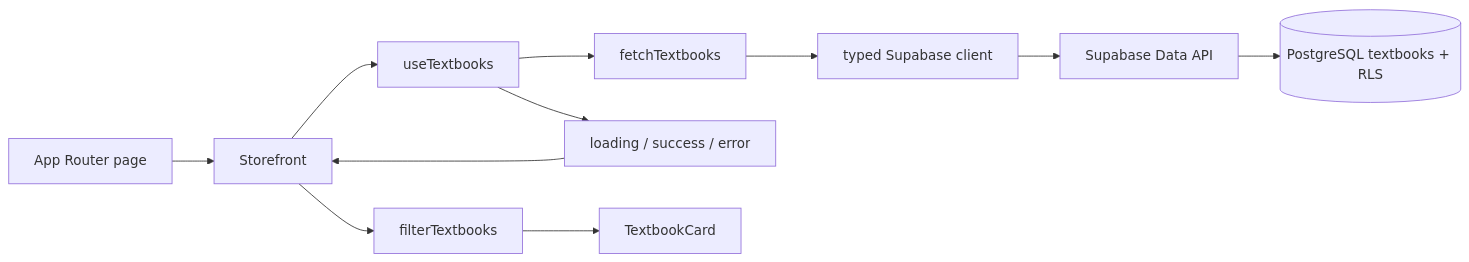
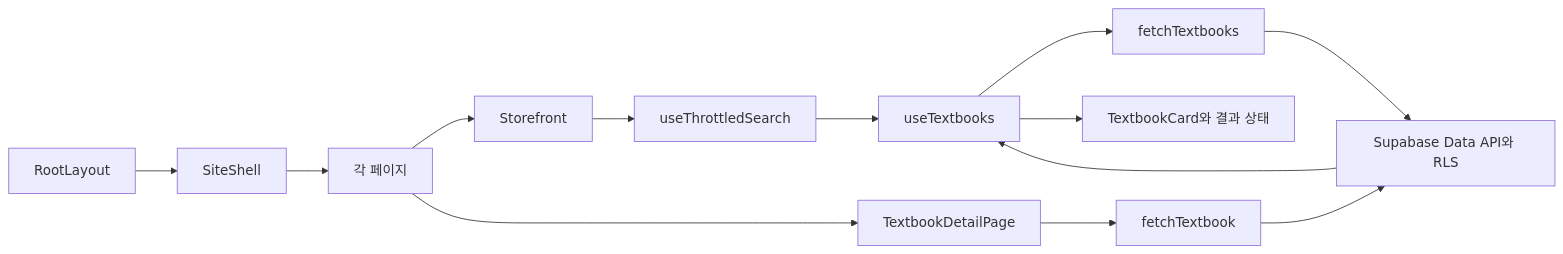
Before and after one commit to torisKR/auraworks_assignment: the diagram in docs/architecture.md, drawn with Mermaid. The commit also changed other lines of this file and 6 other files, not shown here.

````diff
--- a/docs/architecture.md
+++ b/docs/architecture.md
@@ -7,13 +7,15 @@
 ```mermaid
 flowchart LR
-    Route[App Router page] --> UI[Storefront]
-    UI --> Hook[useTextbooks]
-    Hook --> Query[fetchTextbooks]
-    Query --> Client[typed Supabase client]
-    Client --> API[Supabase Data API]
-    API --> DB[(PostgreSQL textbooks + RLS)]
-    Hook --> State[loading / success / error]
-    State --> UI
-    UI --> Filter[filterTextbooks]
-    Filter --> Card[TextbookCard]
+  Layout[RootLayout] --> Shell[SiteShell]
+  Shell --> Route[각 페이지]
+  Route --> Store[Storefront]
+  Store --> Throttle[useThrottledSearch]
+  Throttle --> Hook[useTextbooks]
+  Hook --> Query[fetchTextbooks]
+  Query --> DB[Supabase Data API와 RLS]
+  DB --> Hook
+  Hook --> Cards[TextbookCard와 결과 상태]
+  Route --> Detail[TextbookDetailPage]
+  Detail --> Single[fetchTextbook]
+  Single --> DB
 ```
````
